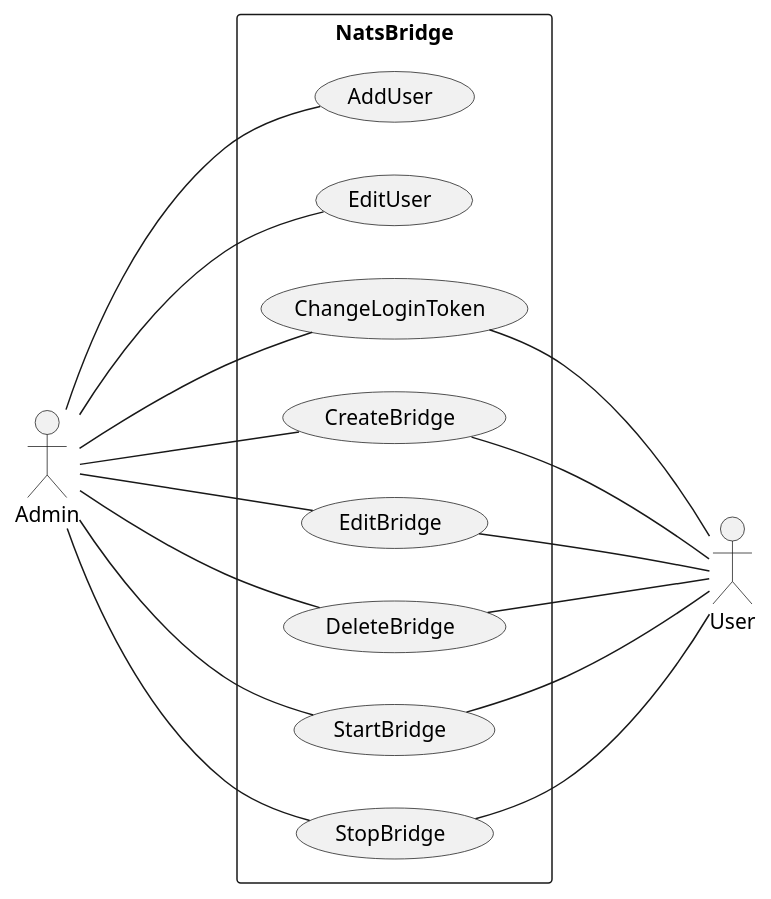
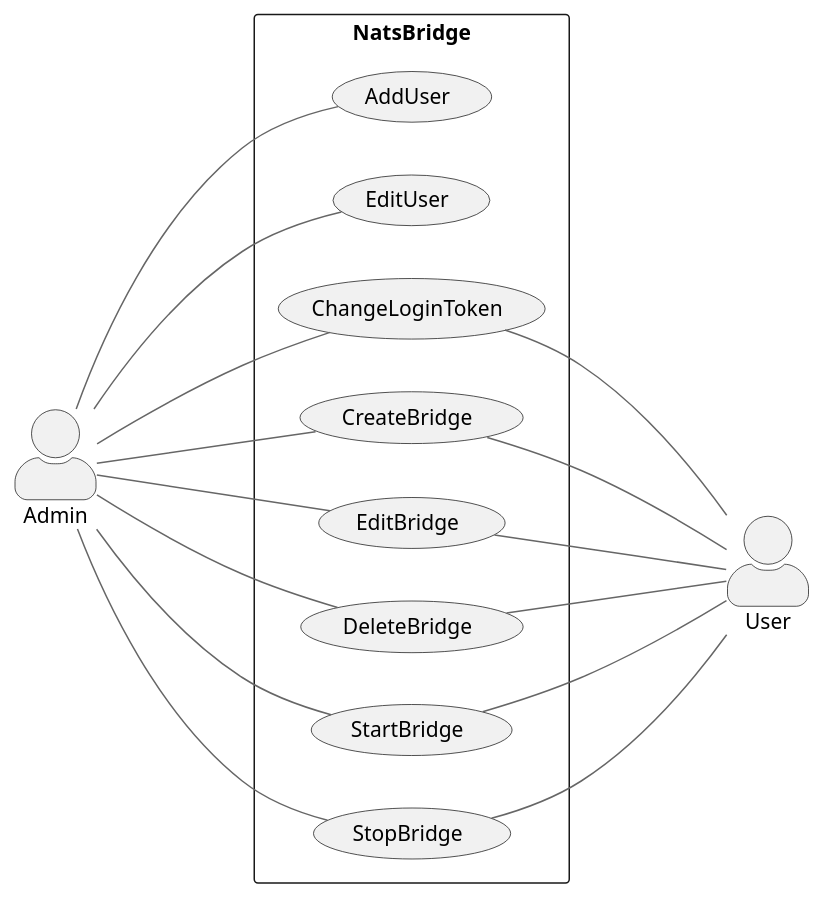
The diagram in docs/UseCaseNatsBridge.plantuml (nats-io/nats-jms-bridge), drawn with PlantUML before and after one commit. The commit also changed 2 other files, not shown here.

```diff
--- a/docs/UseCaseNatsBridge.plantuml
+++ b/docs/UseCaseNatsBridge.plantuml
@@ -1,29 +1,33 @@
 @startuml NatsBridge
 
+!include model/C4_Context.puml
+
 left to right direction
+
+
 
 actor Admin 
 actor User
 
 
 rectangle NatsBridge{
     Admin --- (AddUser)
     Admin --- (EditUser)
     Admin --- (ChangeLoginToken)
     Admin --- (CreateBridge)
     Admin --- (EditBridge)
     Admin --- (DeleteBridge)
     Admin --- (StartBridge)
     Admin --- (StopBridge)
     (ChangeLoginToken) --- User
     (CreateBridge) --- User
     (EditBridge) --- User
     (DeleteBridge) --- User
     (StartBridge) --- User
     (StopBridge) --- User
     
     
 }
 
 
 @enduml
```
